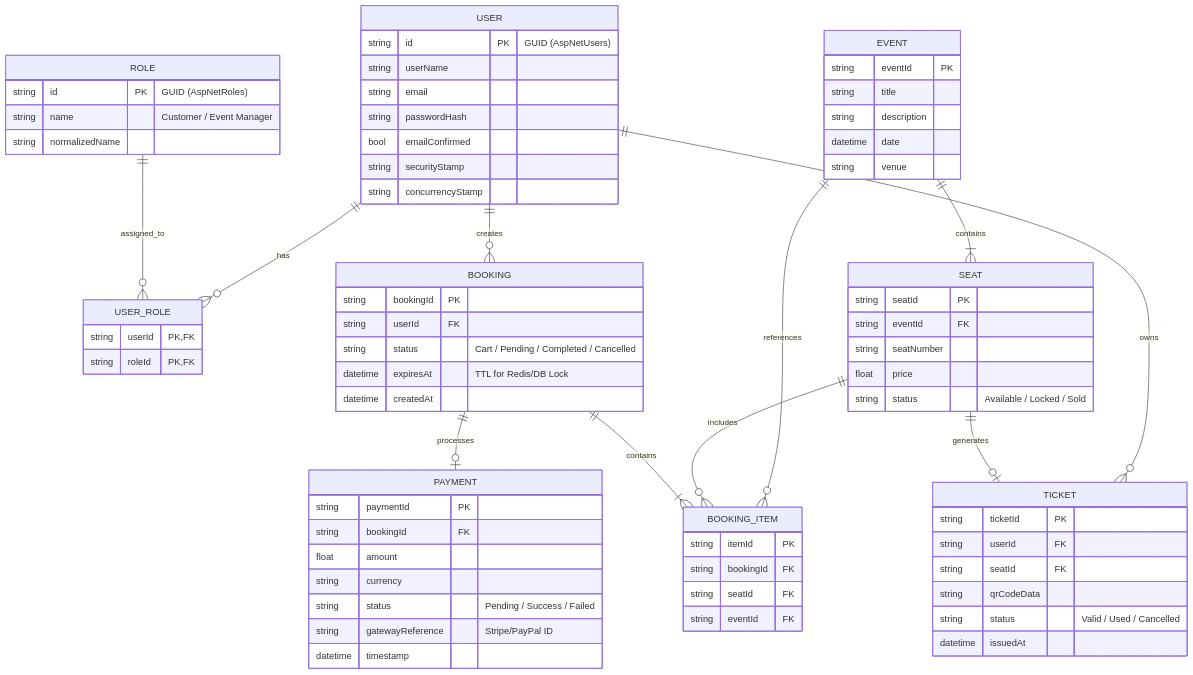
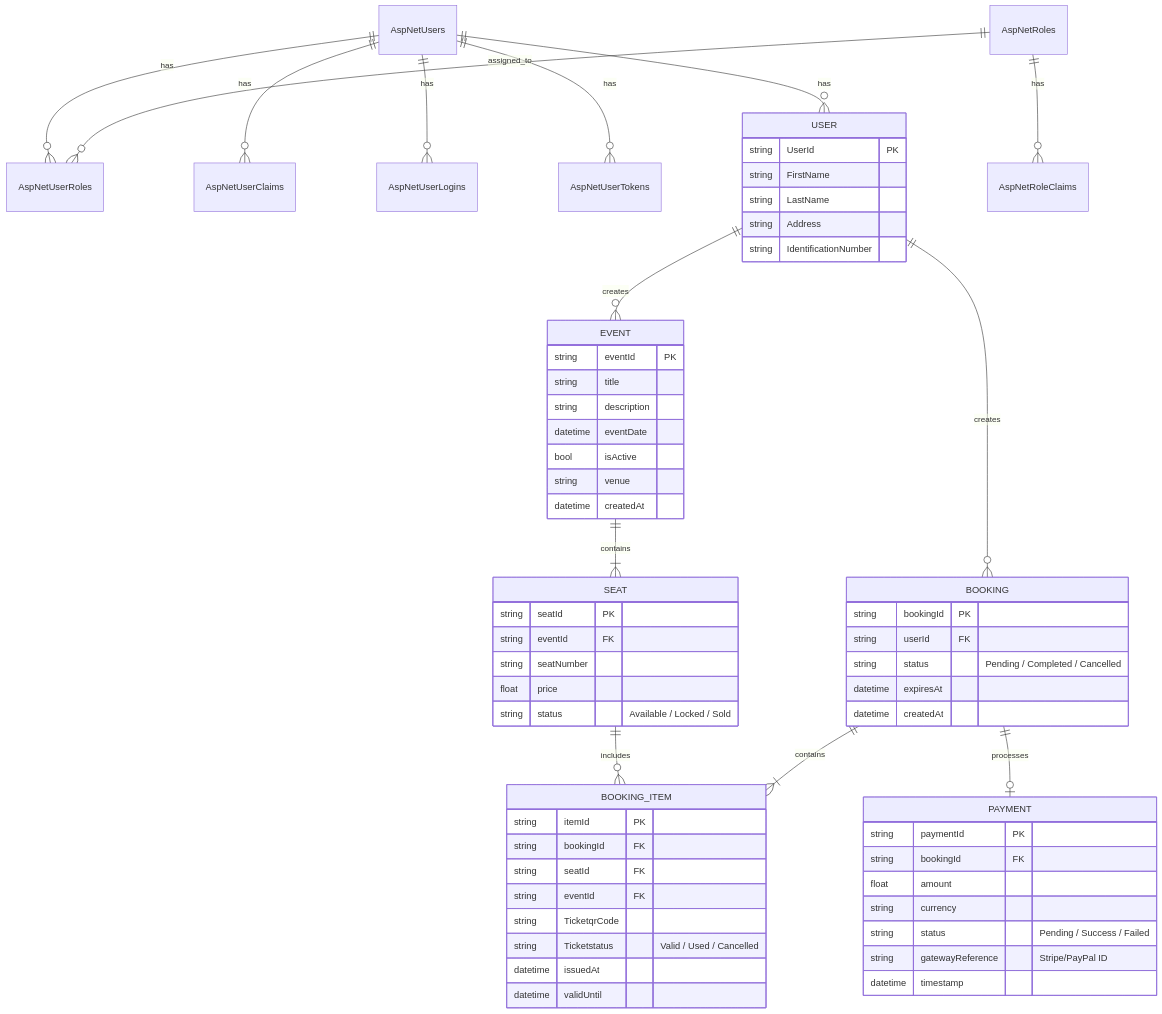
Before and after one commit to gcuatem/dotnet-intermediate: the diagram in task2/ER-Diagram.md, drawn with Mermaid. The commit also changed 19 other files, not shown here.

````diff
--- a/task2/ER-Diagram.md
+++ b/task2/ER-Diagram.md
@@ -1,48 +1,46 @@
 ```mermaid
+erDiagram
+    AspNetUsers ||--o{ AspNetUserRoles : has
+    AspNetRoles ||--o{ AspNetUserRoles : assigned_to
+    
+    AspNetUsers ||--o{ AspNetUserClaims : has
+    AspNetUsers ||--o{ AspNetUserLogins : has
+    AspNetUsers ||--o{ AspNetUserTokens : has
+    AspNetUsers ||--o{ USER : has
+    
+    AspNetRoles ||--o{ AspNetRoleClaims : has
 
-erDiagram
-    USER ||--o{ USER_ROLE : has
-    ROLE ||--o{ USER_ROLE : assigned_to
+    USER ||--o{ EVENT : creates
+    USER ||--o{ BOOKING : creates
+
     
-    USER ||--o{ BOOKING : creates
-    USER ||--o{ TICKET : owns
     
     EVENT ||--|{ SEAT : contains
-    EVENT ||--o{ BOOKING_ITEM : references
+    
     
     SEAT ||--o{ BOOKING_ITEM : includes
-    SEAT ||--o| TICKET : generates
+    
     
     BOOKING ||--|{ BOOKING_ITEM : contains
     BOOKING ||--o| PAYMENT : processes
     
     USER {
-        string id PK "GUID (AspNetUsers)"
-        string userName
-        string email
-        string passwordHash
-        bool emailConfirmed
-        string securityStamp
-        string concurrencyStamp
-    }
 
-    ROLE {
-        string id PK "GUID (AspNetRoles)"
-        string name "Customer / Event Manager"
-        string normalizedName
-    }
-
-    USER_ROLE {
-        string userId PK, FK
-        string roleId PK, FK
+        string UserId PK
+        string FirstName
+        string LastName
+        string Address
+        string IdentificationNumber
     }
 
     EVENT {
         string eventId PK
         string title
         string description
-        datetime date
+        datetime eventDate
+        bool isActive
         string venue
+        datetime createdAt
     }
 
     SEAT {
@@ -56,8 +54,8 @@
     BOOKING {
         string bookingId PK
         string userId FK
-        string status "Cart / Pending / Completed / Cancelled"
-        datetime expiresAt "TTL for Redis/DB Lock"
+        string status " Pending / Completed / Cancelled"
+        datetime expiresAt 
         datetime createdAt
     }
 
@@ -66,6 +64,10 @@
         string bookingId FK
         string seatId FK
         string eventId FK
+        string TicketqrCode
+        string Ticketstatus "Valid / Used / Cancelled"
+        datetime issuedAt
+        datetime validUntil
     }
 
     PAYMENT {
@@ -78,12 +80,4 @@
         datetime timestamp
     }
 
-    TICKET {
-        string ticketId PK
-        string userId FK
-        string seatId FK
-        string qrCodeData
-        string status "Valid / Used / Cancelled"
-        datetime issuedAt
-    }
 ```
````
